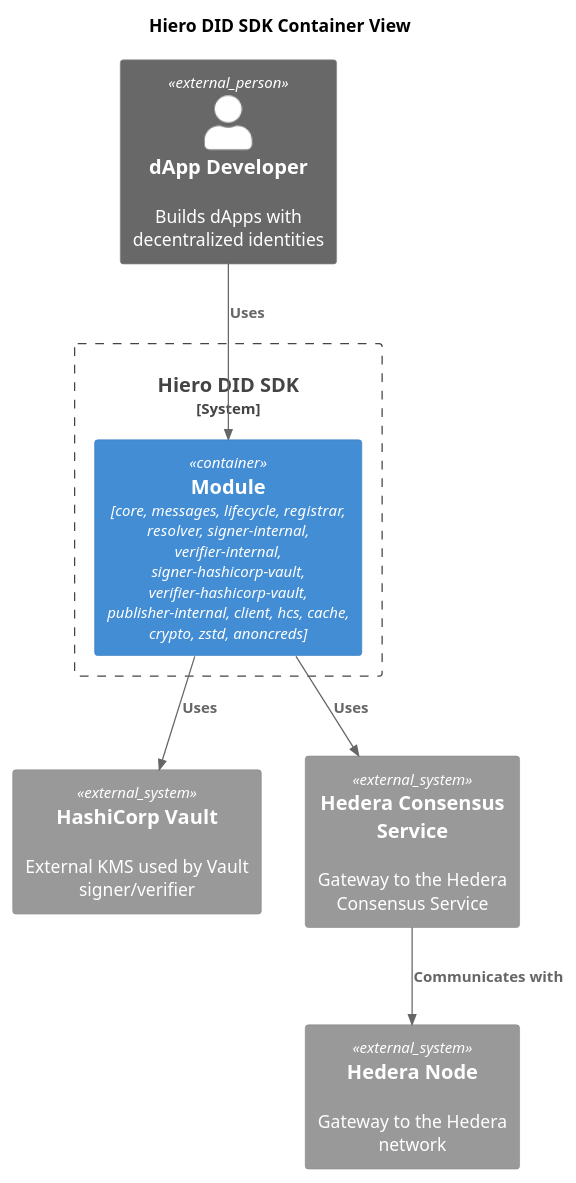
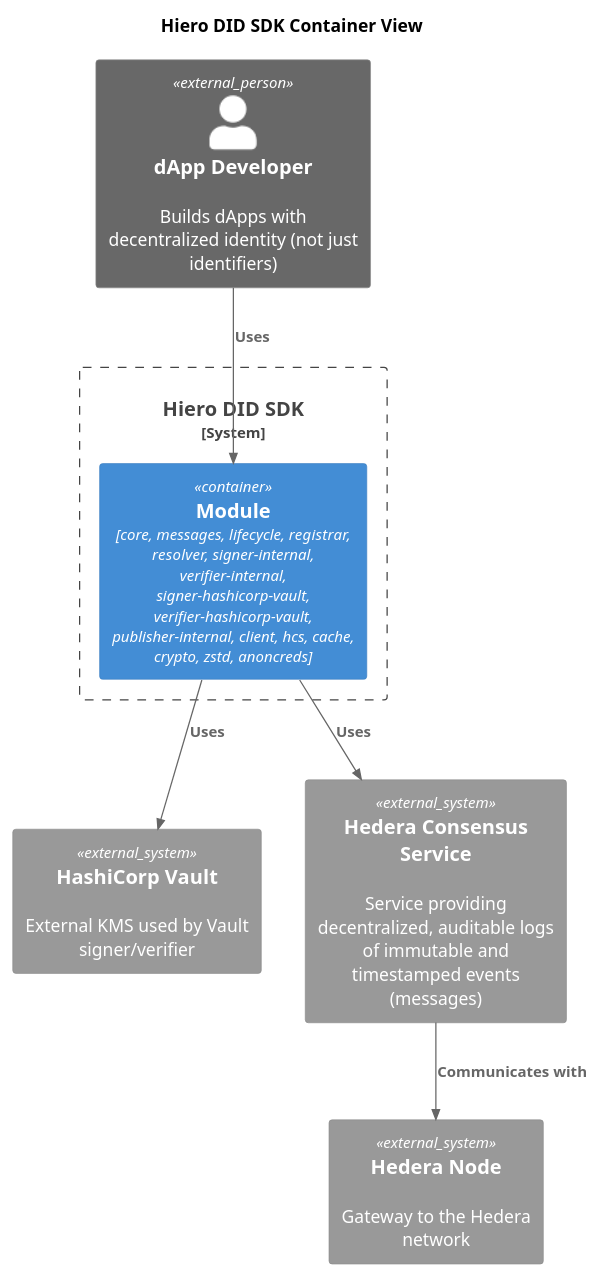
The diagram in docs/modules/ROOT/pages/02-design/diagrams/container-view-diagram.puml (hiero-ledger/hiero-did-sdk-js), drawn with PlantUML before and after one commit. The commit also changed 35 other files, not shown here.

```diff
--- a/docs/modules/ROOT/pages/02-design/diagrams/container-view-diagram.puml
+++ b/docs/modules/ROOT/pages/02-design/diagrams/container-view-diagram.puml
@@ -1,23 +1,23 @@
 @startuml
 !include https://raw.githubusercontent.com/plantuml-stdlib/C4-PlantUML/master/C4_Container.puml
 
 title Hiero DID SDK Container View
 
-Person_Ext(developer, "dApp Developer", "Builds dApps with decentralized identities")
+Person_Ext(developer, "dApp Developer", "Builds dApps with decentralized identity (not just identifiers)")
 
 System_Boundary(c1, "Hiero DID SDK") {
  Container(core, "Module", "core, messages, lifecycle, registrar, resolver, signer-internal, verifier-internal, signer-hashicorp-vault, verifier-hashicorp-vault, publisher-internal, client, hcs, cache, crypto, zstd, anoncreds")
 }
 
 System_Ext(hashicorp, "HashiCorp Vault", "External KMS used by Vault signer/verifier")
 
-System_Ext(topic, "Hedera Consensus Service", "Gateway to the Hedera Consensus Service")
+System_Ext(topic, "Hedera Consensus Service", "Service providing decentralized, auditable logs of immutable and timestamped events (messages)")
 
 System_Ext(hedera, "Hedera Node", "Gateway to the Hedera network")
 
 Rel(developer, core, "Uses")
 Rel(core, topic, "Uses")
 Rel(core, hashicorp, "Uses")
 Rel(topic, hedera, "Communicates with")
 
 @enduml
```
